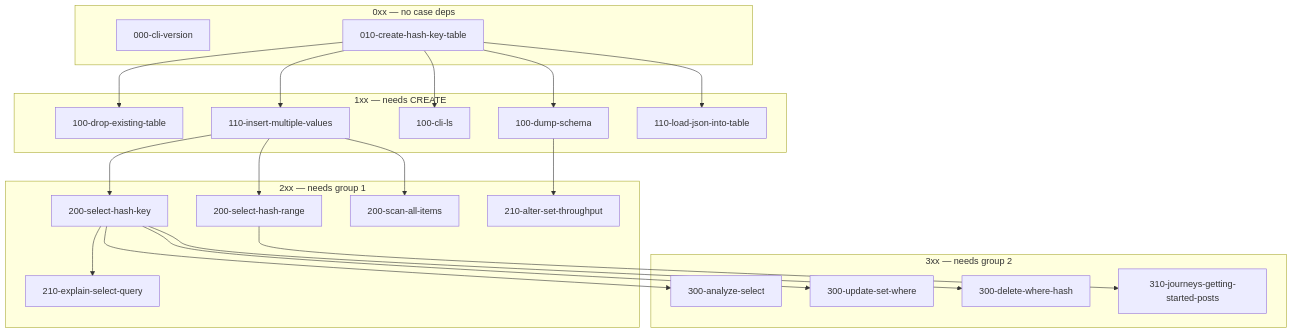
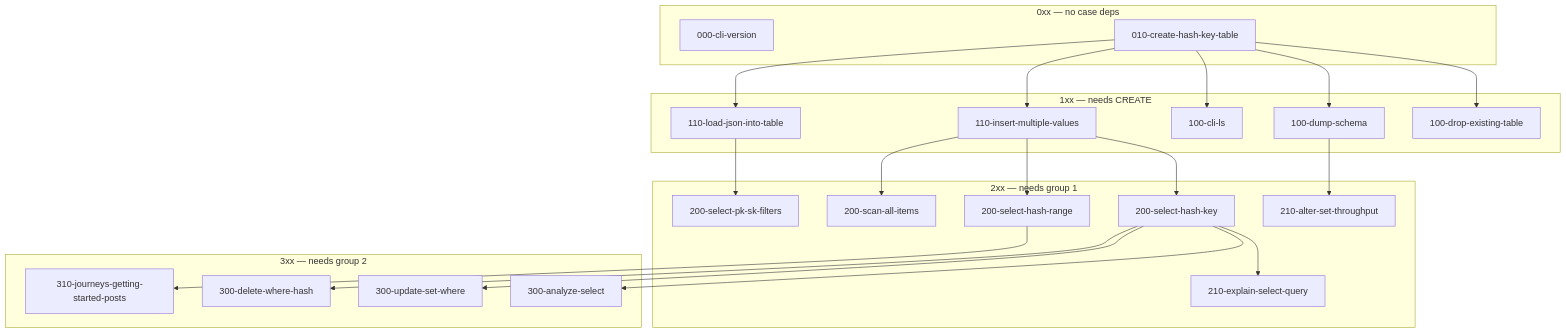
Before and after one commit to jspreddy/dql: the diagram in black-box-tests/cases/ordering.md, drawn with Mermaid. The commit also changed other lines of this file and 6 other files, not shown here.

First line of the commit message:
test(black-box): SELECT by pk, sk prefix, and extra filters

````diff
--- a/black-box-tests/cases/ordering.md
+++ b/black-box-tests/cases/ordering.md
@@ -54,45 +54,47 @@
 ```mermaid
 flowchart TB
   subgraph g0 ["0xx — no case deps"]
     v["000-cli-version"]
     c["010-create-hash-key-table"]
   end
 
   subgraph g1 ["1xx — needs CREATE"]
     drop["100-drop-existing-table"]
     dump["100-dump-schema"]
     ls["100-cli-ls"]
     ins["110-insert-multiple-values"]
     load["110-load-json-into-table"]
   end
 
   subgraph g2 ["2xx — needs group 1"]
     selk["200-select-hash-key"]
     selr["200-select-hash-range"]
+    selfilt["200-select-pk-sk-filters"]
     scan["200-scan-all-items"]
     alt["210-alter-set-throughput"]
     exp["210-explain-select-query"]
   end
 
   subgraph g3 ["3xx — needs group 2"]
     ana["300-analyze-select"]
     upd["300-update-set-where"]
     del["300-delete-where-hash"]
     jour["310-journeys-getting-started-posts"]
   end
 
   c --> drop
   c --> dump
   c --> ls
   c --> ins
   c --> load
   ins --> selk
   ins --> selr
   ins --> scan
+  load --> selfilt
   dump --> alt
   selk --> exp
   selk --> ana
   selk --> upd
   selk --> del
   selr --> jour
 ```
````
